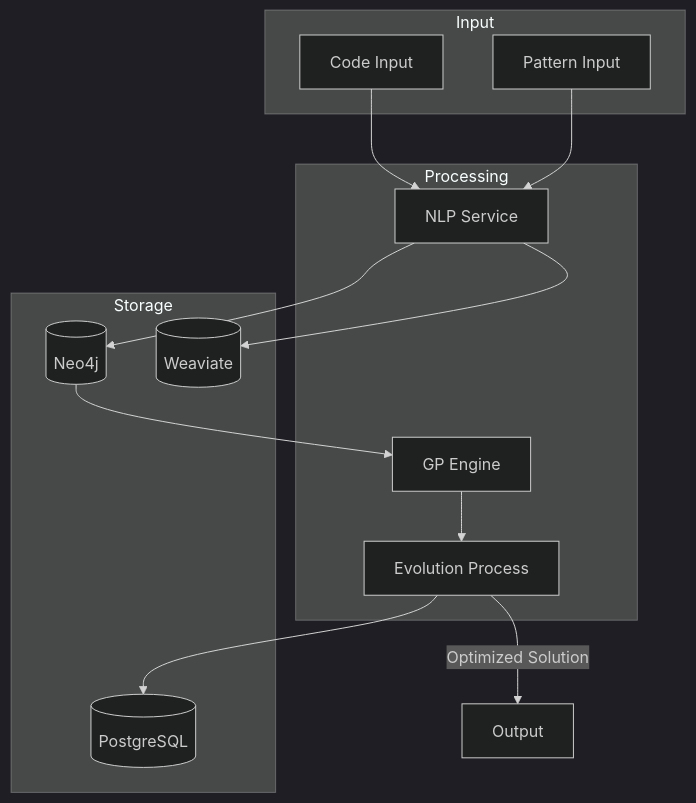
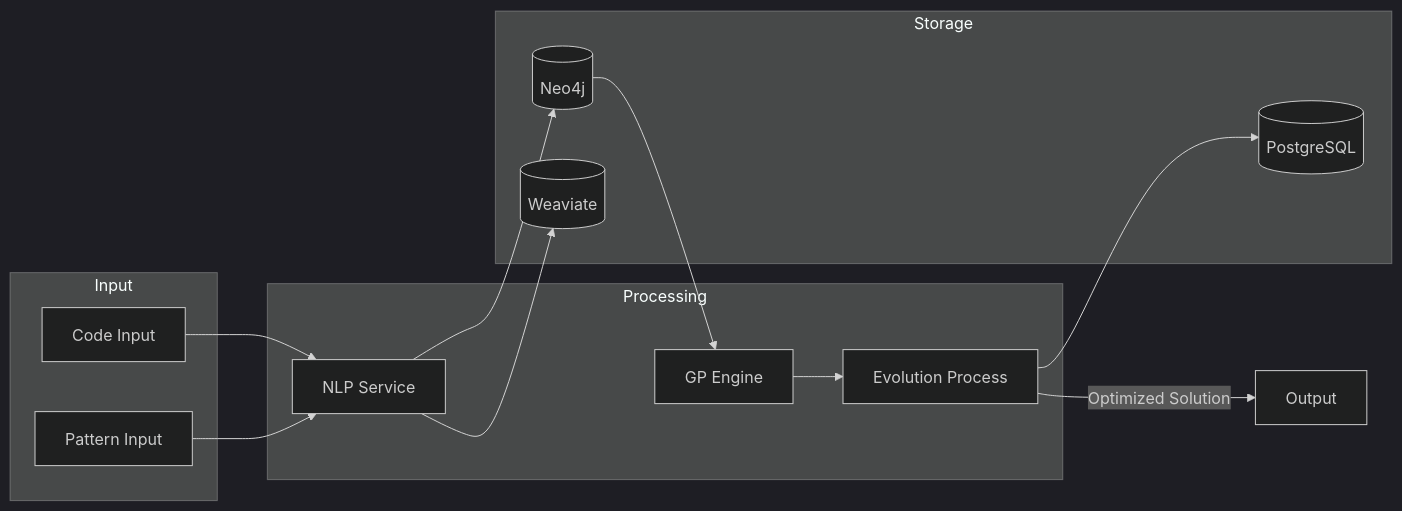
The eighth of 43 diagrams in README.md (nshkrdotcom/EADS), drawn with Mermaid (dark theme) before and after one commit. The commit also changed other lines of this file, not shown here.

````diff
--- a/README.md
+++ b/README.md
@@ -404,28 +997,28 @@
 ```mermaid
-flowchart TB
+graph LR
     subgraph Input
         Code[Code Input]
         Pattern[Pattern Input]
     end
 
     subgraph Processing
         NLP[NLP Service]
         GP[GP Engine]
         Evolution[Evolution Process]
     end
 
     subgraph Storage
         Neo4j[(Neo4j)]
         Weaviate[(Weaviate)]
         Postgres[(PostgreSQL)]
     end
 
     Code --> NLP
     Pattern --> NLP
     NLP --> Weaviate
     NLP --> Neo4j
     Neo4j --> GP
     GP --> Evolution
     Evolution --> Postgres
     Evolution --> |Optimized Solution| Output
 ```
````
